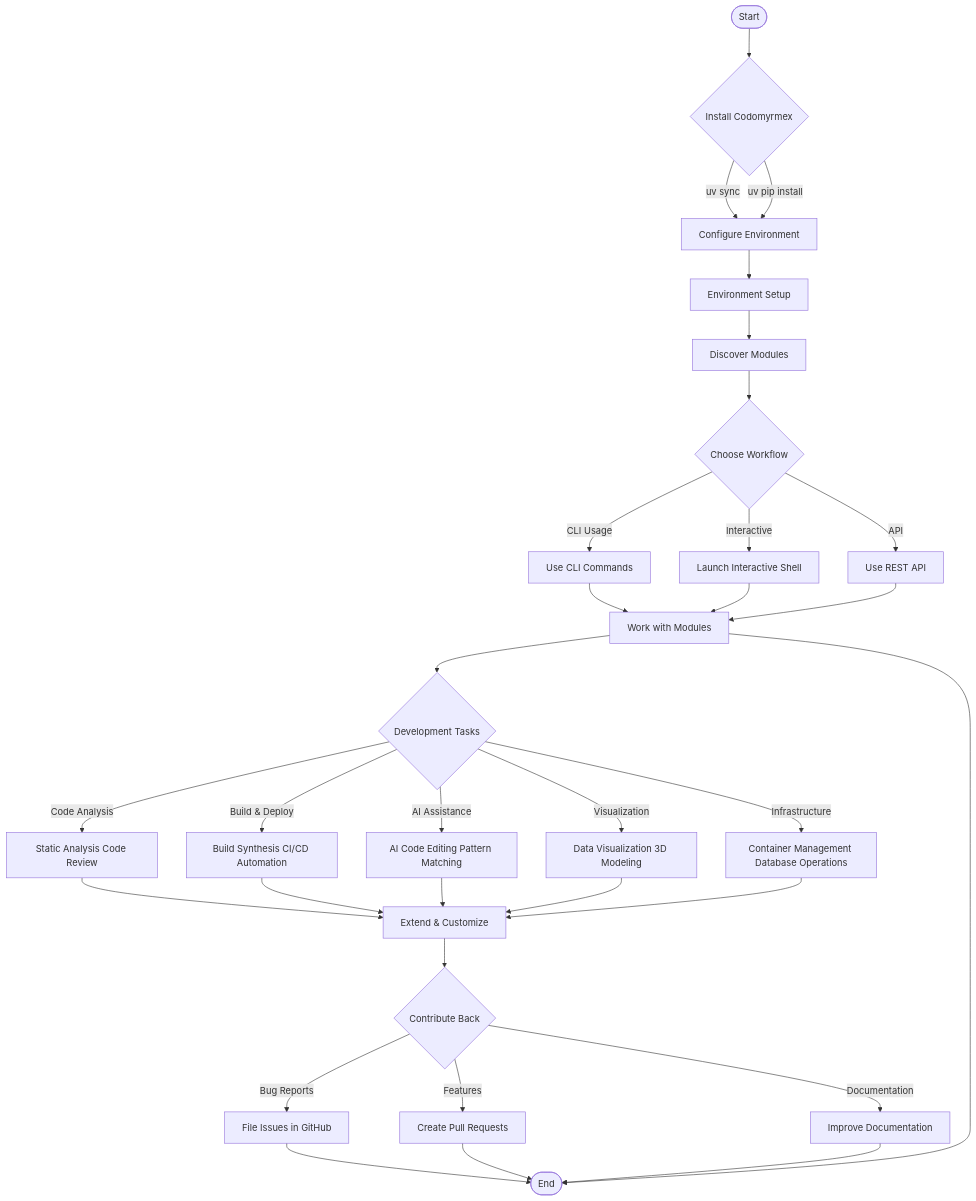
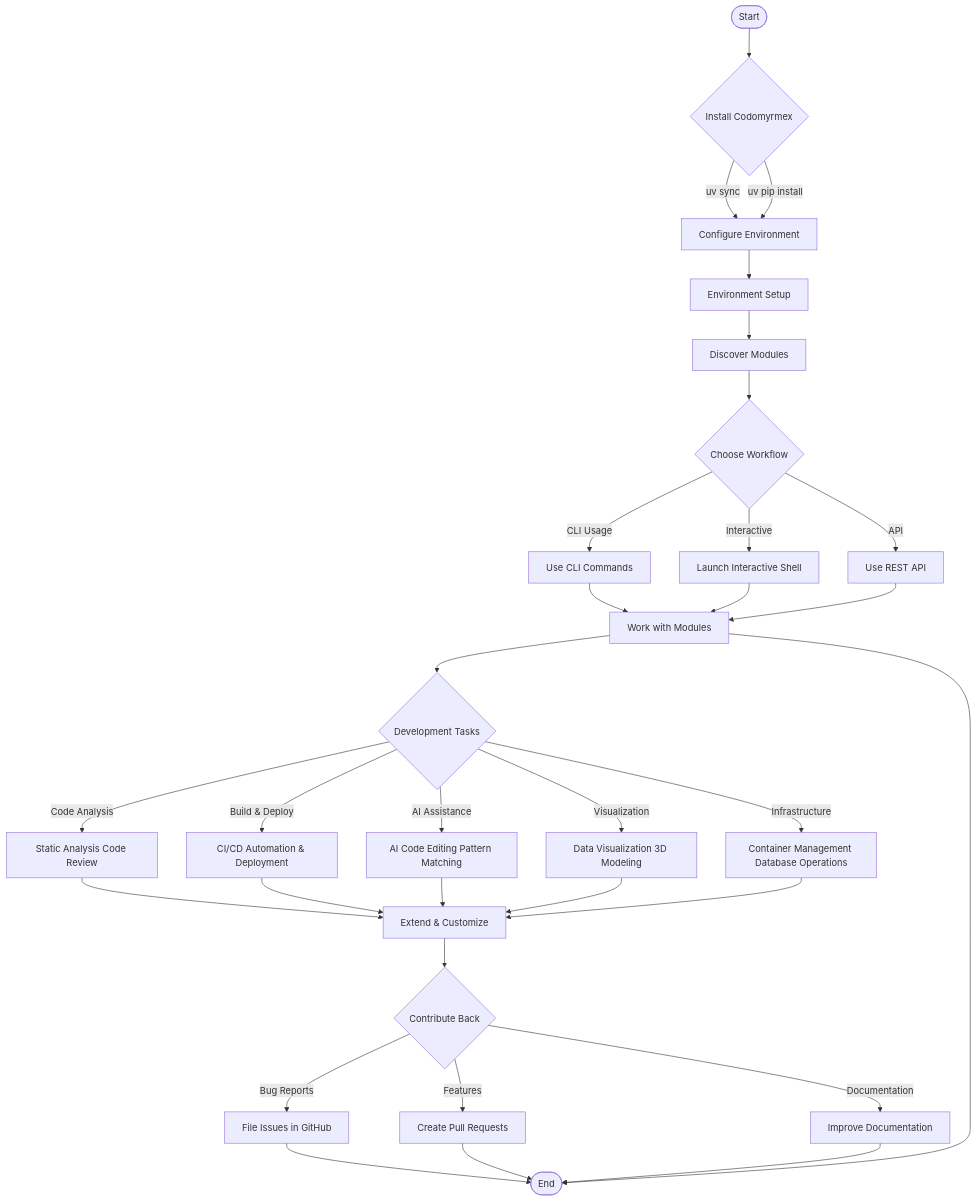
One commit to docxology/codomyrmex changed the fifth of 12 diagrams in README.md. Above: the diagram before and after it, drawn with Mermaid. The commit also changed other lines of this file and 107 other files, not shown here.

````diff
--- a/README.md
+++ b/README.md
@@ -620,46 +611,46 @@
 ```mermaid
 flowchart TD
     Start([Start]) --> Install{Install Codomyrmex}
 
     Install -->|uv sync| Config["Configure Environment"]
     Install -->|uv pip install| Config
 
     Config --> Setup["Environment Setup"]
     Setup --> Discover["Discover Modules"]
 
     Discover --> Choose{Choose Workflow}
 
     Choose -->|CLI Usage| CLI["Use CLI Commands"]
     Choose -->|Interactive| Interactive["Launch Interactive Shell"]
     Choose -->|API| API["Use REST API"]
 
     CLI --> Modules["Work with Modules"]
     Interactive --> Modules
     API --> Modules
 
     Modules --> Dev{Development Tasks}
 
     Dev -->|Code Analysis| Analysis["Static Analysis Code Review"]
-    Dev -->|Build & Deploy| Build["Build Synthesis CI/CD Automation"]
+    Dev -->|Build & Deploy| Build["CI/CD Automation & Deployment"]
     Dev -->|AI Assistance| AI["AI Code Editing Pattern Matching"]
     Dev -->|Visualization| Viz["Data Visualization 3D Modeling"]
     Dev -->|Infrastructure| Infra["Container Management Database Operations"]
 
     Analysis --> Extend["Extend & Customize"]
     Build --> Extend
     AI --> Extend
     Viz --> Extend
     Infra --> Extend
 
     Extend --> Contrib{Contribute Back}
 
     Contrib -->|Bug Reports| Issues["File Issues in GitHub"]
     Contrib -->|Features| PR["Create Pull Requests"]
     Contrib -->|Documentation| Docs["Improve Documentation"]
 
     Issues --> End([End])
     PR --> End
     Docs --> End
 
     Modules --> End
 ```
````
